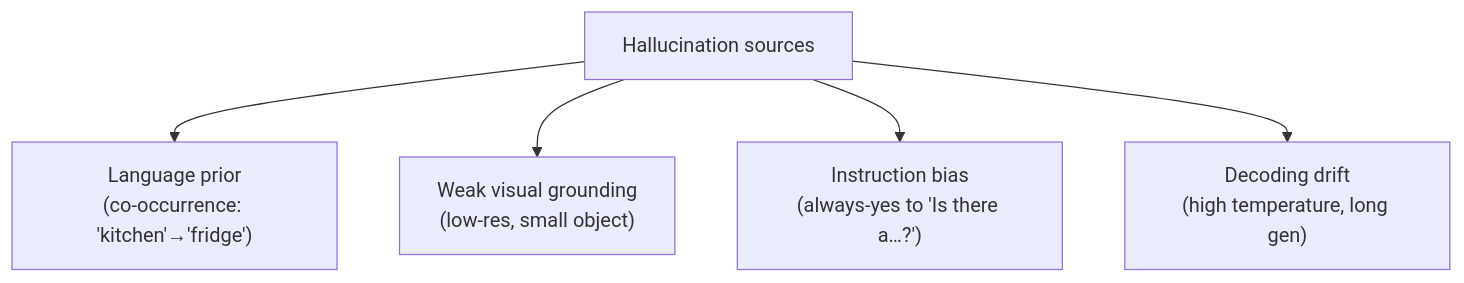
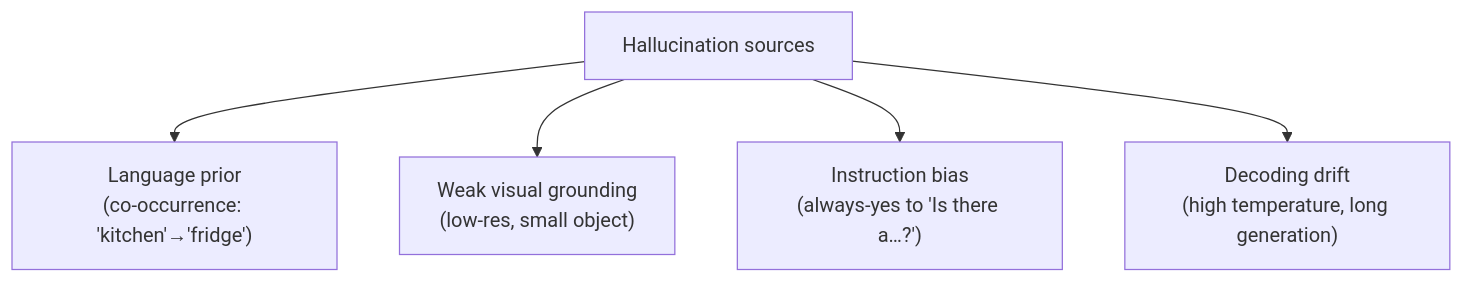
One commit to beomyoung-kim/ml_study changed the second of 2 diagrams in content/vlm/instruction-tuning.md. Above: the diagram before and after it, drawn with Mermaid. The commit also changed other lines of this file and 209 other files, not shown here.

````diff
--- a/content/vlm/instruction-tuning.md
+++ b/content/vlm/instruction-tuning.md
@@ -110,7 +196,7 @@
 ```mermaid
 flowchart TB
   H["Hallucination sources"] --> LP["Language prior<br/>(co-occurrence: 'kitchen'→'fridge')"]
   H --> WV["Weak visual grounding<br/>(low-res, small object)"]
   H --> BIAS["Instruction bias<br/>(always-yes to 'Is there a…?')"]
-  H --> DEC["Decoding drift<br/>(high temperature, long gen)"]
+  H --> HallDecode["Decoding drift<br/>(high temperature, long generation)"]
 ```
````
